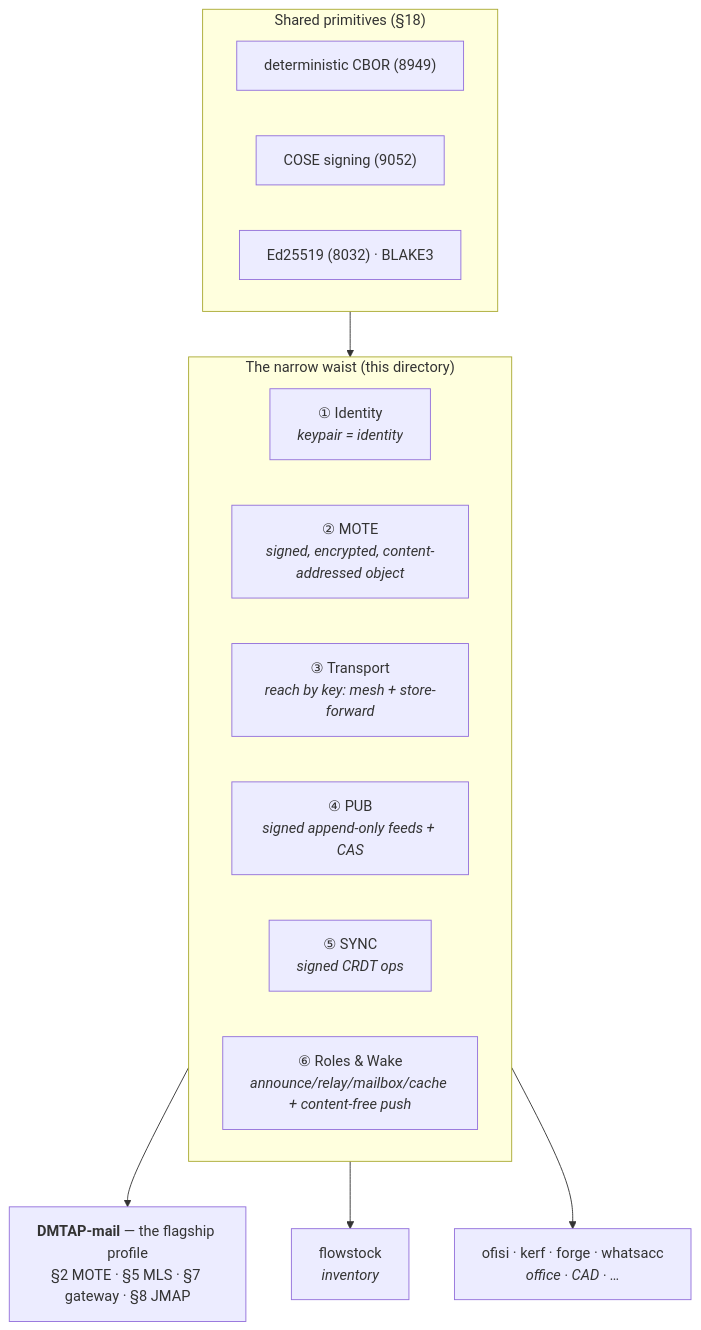
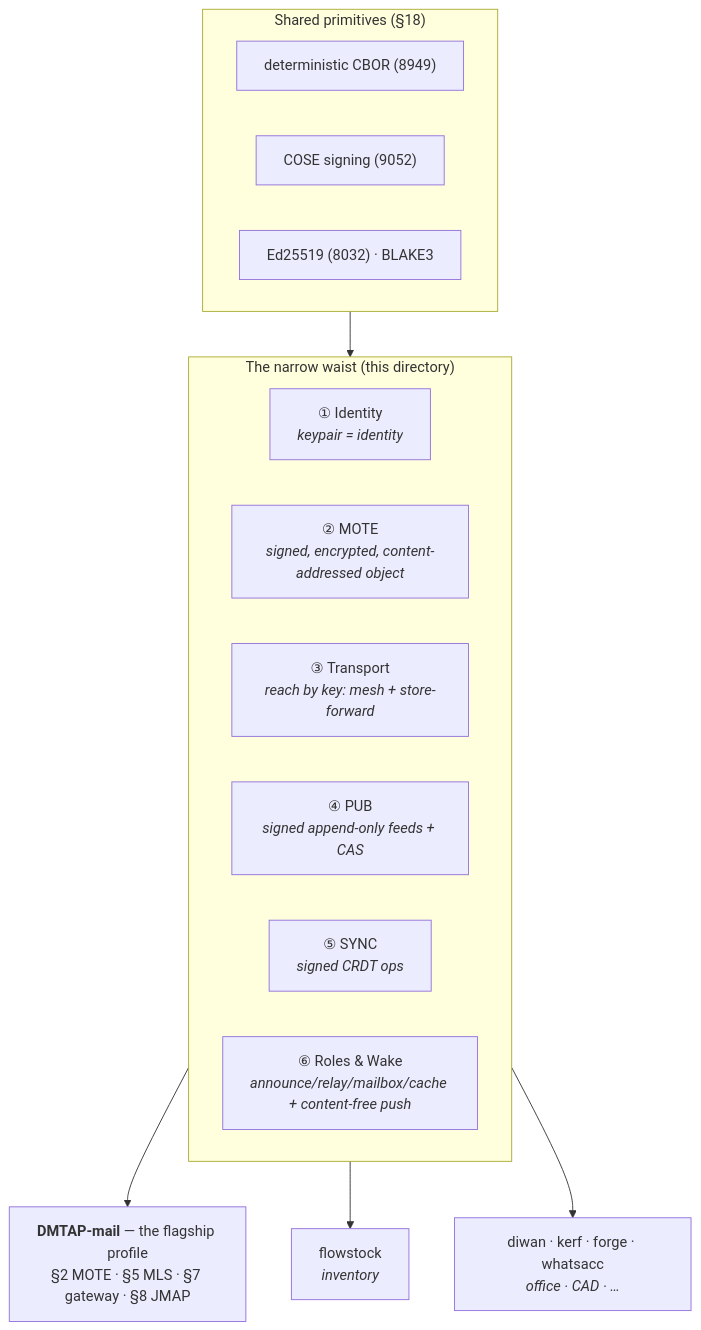
The diagram in substrate/README.md (vul-os/kotva), drawn with Mermaid before and after one commit. The commit also changed 30 other files, not shown here.

````diff
--- a/substrate/README.md
+++ b/substrate/README.md
@@ -82,20 +82,20 @@
 ```mermaid
 flowchart TD
   subgraph WAIST["The narrow waist (this directory)"]
     ID["① Identity<br/><i>keypair = identity</i>"]
     MO["② MOTE<br/><i>signed, encrypted, content-addressed object</i>"]
     TR["③ Transport<br/><i>reach by key: mesh + store-forward</i>"]
     FB["④ PUB<br/><i>signed append-only feeds + CAS</i>"]
     SY["⑤ SYNC<br/><i>signed CRDT ops</i>"]
     RO["⑥ Roles & Wake<br/><i>announce/relay/mailbox/cache + content-free push</i>"]
   end
   subgraph PRIMS["Shared primitives (§18)"]
     CBOR["deterministic CBOR (8949)"]
     COSE["COSE signing (9052)"]
     ED["Ed25519 (8032) · BLAKE3"]
   end
   PRIMS --> WAIST
   WAIST --> MAIL["<b>DMTAP-mail</b> — the flagship profile<br/>§2 MOTE · §5 MLS · §7 gateway · §8 JMAP"]
   WAIST --> P1["flowstock<br/><i>inventory</i>"]
-  WAIST --> P2["ofisi · kerf · forge · whatsacc<br/><i>office · CAD · &hellip;</i>"]
+  WAIST --> P2["diwan · kerf · forge · whatsacc<br/><i>office · CAD · &hellip;</i>"]
 ```
````
